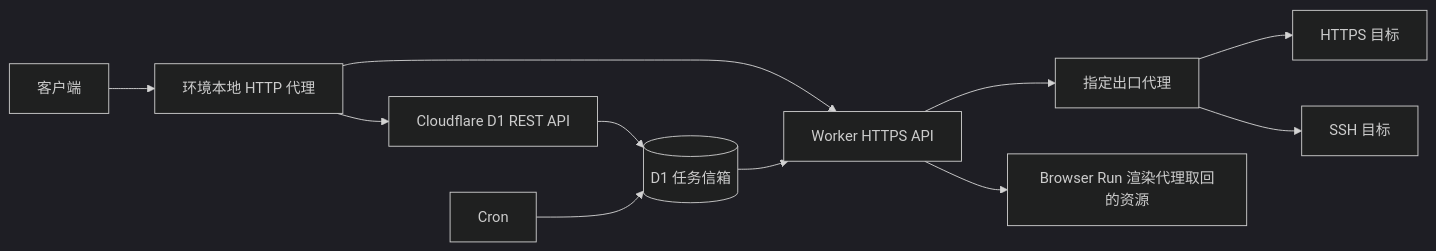
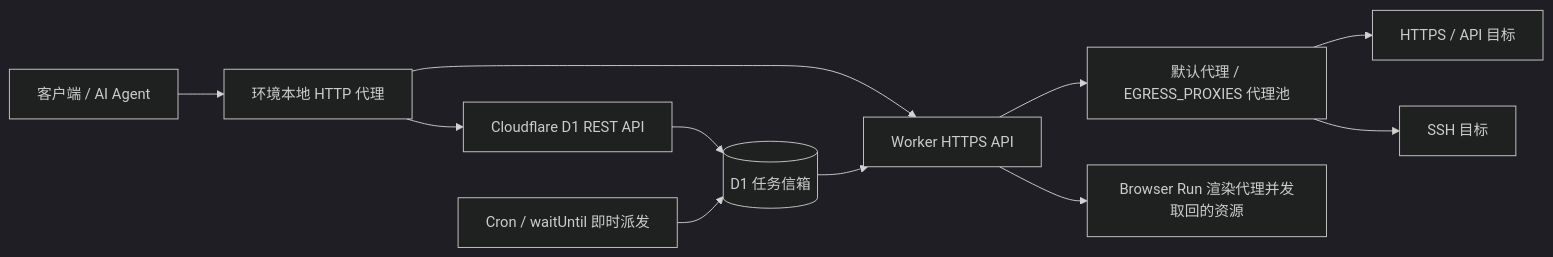
The diagram in README.md (linkM007/edge-mailbox), drawn with Mermaid (dark theme) before and after one commit. The commit also changed other lines of this file and 20 other files, not shown here.

Commit message:
feat: upgrade edge-mailbox to v0.3.0 with multi-method HTTP, concurrent browser, flexible SSH, queue ops, and deploy:safe

```diff
--- a/README.md
+++ b/README.md
@@ -17,13 +17,13 @@
 ~~~mermaid
 flowchart LR
-  C[客户端] --> L[环境本地 HTTP 代理]
+  C[客户端 / AI Agent] --> L[环境本地 HTTP 代理]
   L --> W[Worker HTTPS API]
   L --> A[Cloudflare D1 REST API]
   A --> D[(D1 任务信箱)]
-  T[Cron] --> D
+  T[Cron / waitUntil 即时派发] --> D
   D --> W
-  W --> P[指定出口代理]
-  P --> H[HTTPS 目标]
+  W --> P[默认代理 / EGRESS_PROXIES 代理池]
+  P --> H[HTTPS / API 目标]
   P --> S[SSH 目标]
-  W --> B[Browser Run 渲染代理取回的资源]
+  W --> B[Browser Run 渲染代理并发取回的资源]
 ~~~
```
